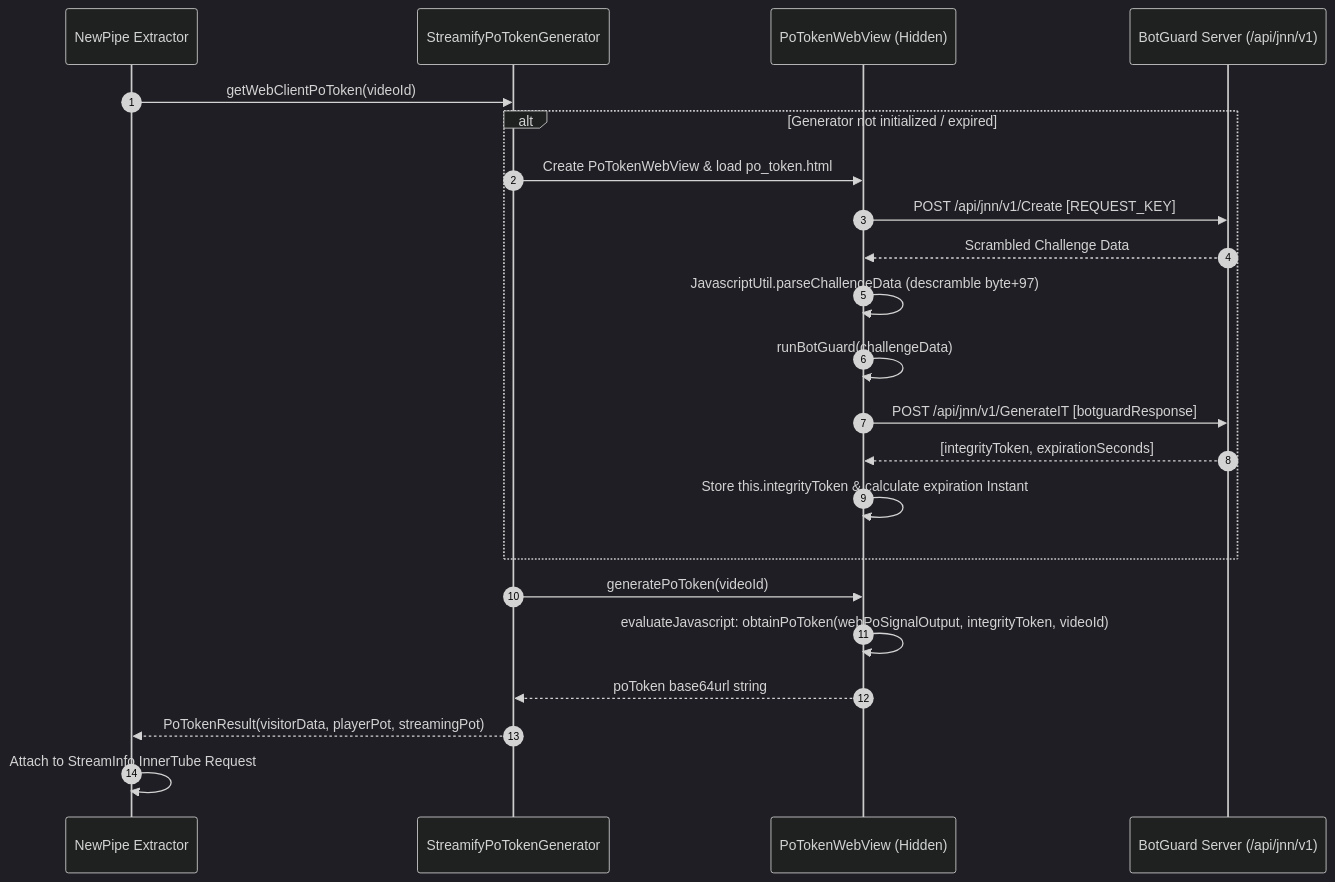
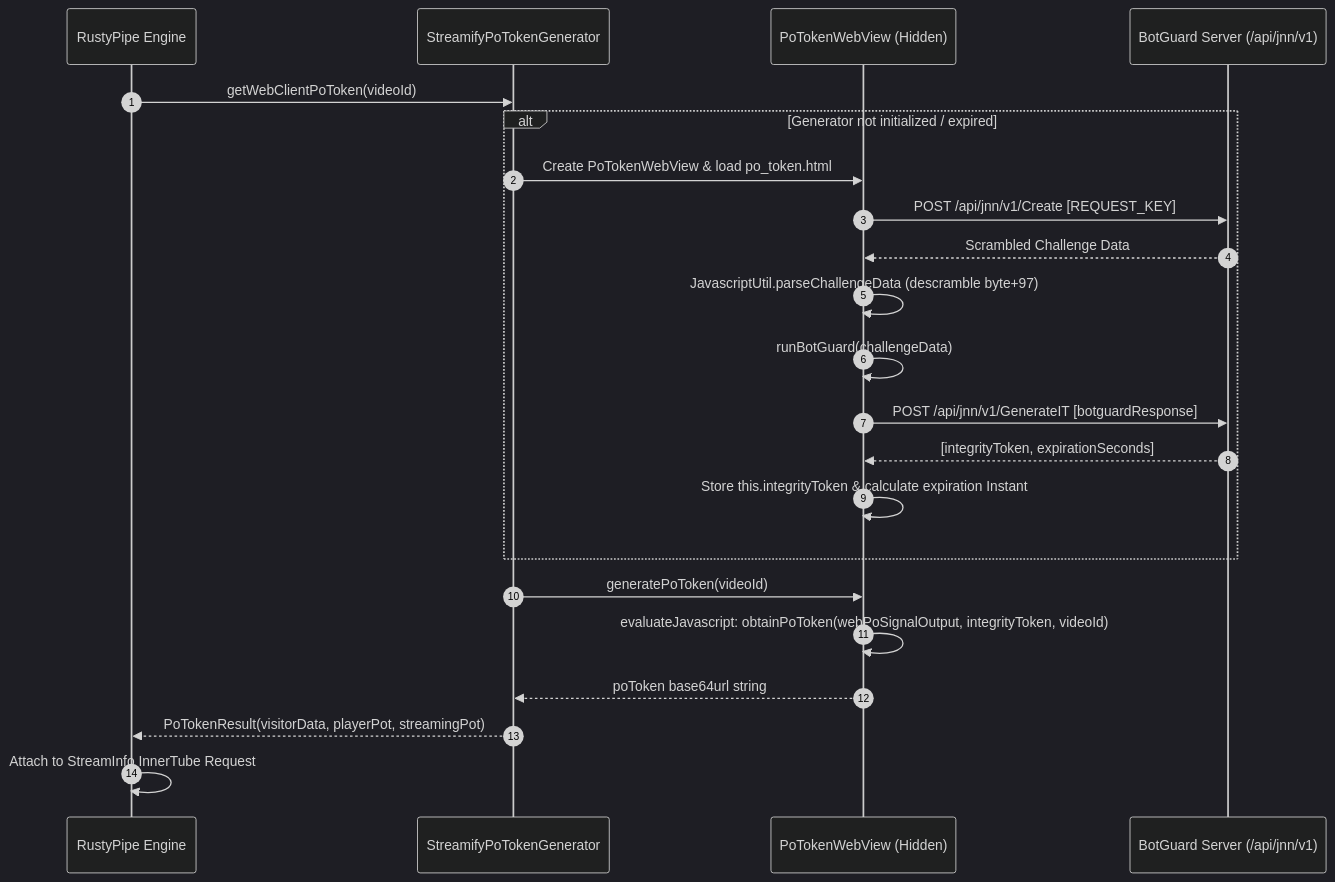
The fourth of 6 diagrams in docs/architecture/engines/01_stream_resolution.md (meraxes89/streamify-apk), drawn with Mermaid (dark theme) before and after one commit. The commit also changed other lines of this file and 6 other files, not shown here.

First line of the commit message:
feat: route Android track search through RustyPipe JNI and synchronize docs (#132)

````diff
--- a/docs/architecture/engines/01_stream_resolution.md
+++ b/docs/architecture/engines/01_stream_resolution.md
@@ -220,26 +220,26 @@
 ```mermaid
 sequenceDiagram
     autonumber
-    participant NP as NewPipe Extractor
+    participant NP as RustyPipe Engine
     participant GEN as StreamifyPoTokenGenerator
     participant WV as PoTokenWebView (Hidden)
     participant BG as BotGuard Server (/api/jnn/v1)
 
     NP->>GEN: getWebClientPoToken(videoId)
     alt Generator not initialized / expired
         GEN->>WV: Create PoTokenWebView & load po_token.html
         WV->>BG: POST /api/jnn/v1/Create [REQUEST_KEY]
         BG-->>WV: Scrambled Challenge Data
         WV->>WV: JavascriptUtil.parseChallengeData (descramble byte+97)
         WV->>WV: runBotGuard(challengeData)
         WV->>BG: POST /api/jnn/v1/GenerateIT [botguardResponse]
         BG-->>WV: [integrityToken, expirationSeconds]
         WV->>WV: Store this.integrityToken & calculate expiration Instant
     end
 
     GEN->>WV: generatePoToken(videoId)
     WV->>WV: evaluateJavascript: obtainPoToken(webPoSignalOutput, integrityToken, videoId)
     WV-->>GEN: poToken base64url string
     GEN-->>NP: PoTokenResult(visitorData, playerPot, streamingPot)
     NP->>NP: Attach to StreamInfo InnerTube Request
 ```
````
